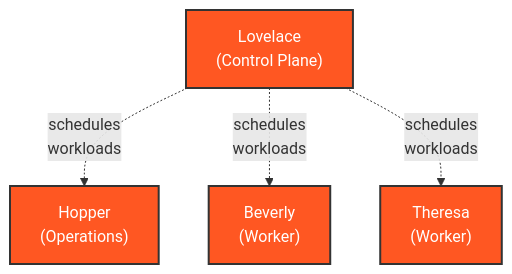
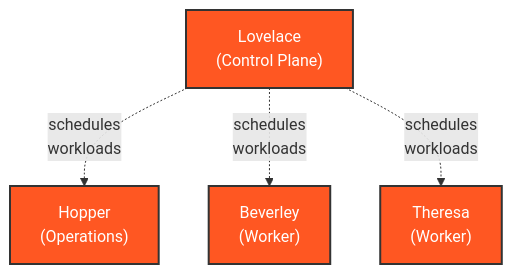
The first of 3 diagrams in docs/getting-started/our-cluster.md (Indy-Center/docs), drawn with Mermaid before and after one commit. The commit also changed other lines of this file and 1 other file, not shown here.

Commit message:
Fix spelling on Beverley.

````diff
--- a/docs/getting-started/our-cluster.md
+++ b/docs/getting-started/our-cluster.md
@@ -14,14 +14,14 @@
 ```mermaid
 flowchart TB
     %% Styling
     classDef node fill:#ff5722,stroke:#333,stroke-width:2px,color:white;
 
     %% Nodes
     lovelace["Lovelace<br/>(Control Plane)"]:::node
     hopper["Hopper<br/>(Operations)"]:::node
-    beverly["Beverly<br/>(Worker)"]:::node
+    beverley["Beverley<br/>(Worker)"]:::node
     theresa["Theresa<br/>(Worker)"]:::node
 
     %% Relationships
-    lovelace -. "schedules<br/>workloads" .-> hopper & beverly & theresa
+    lovelace -. "schedules<br/>workloads" .-> hopper & beverley & theresa
 ```
````
